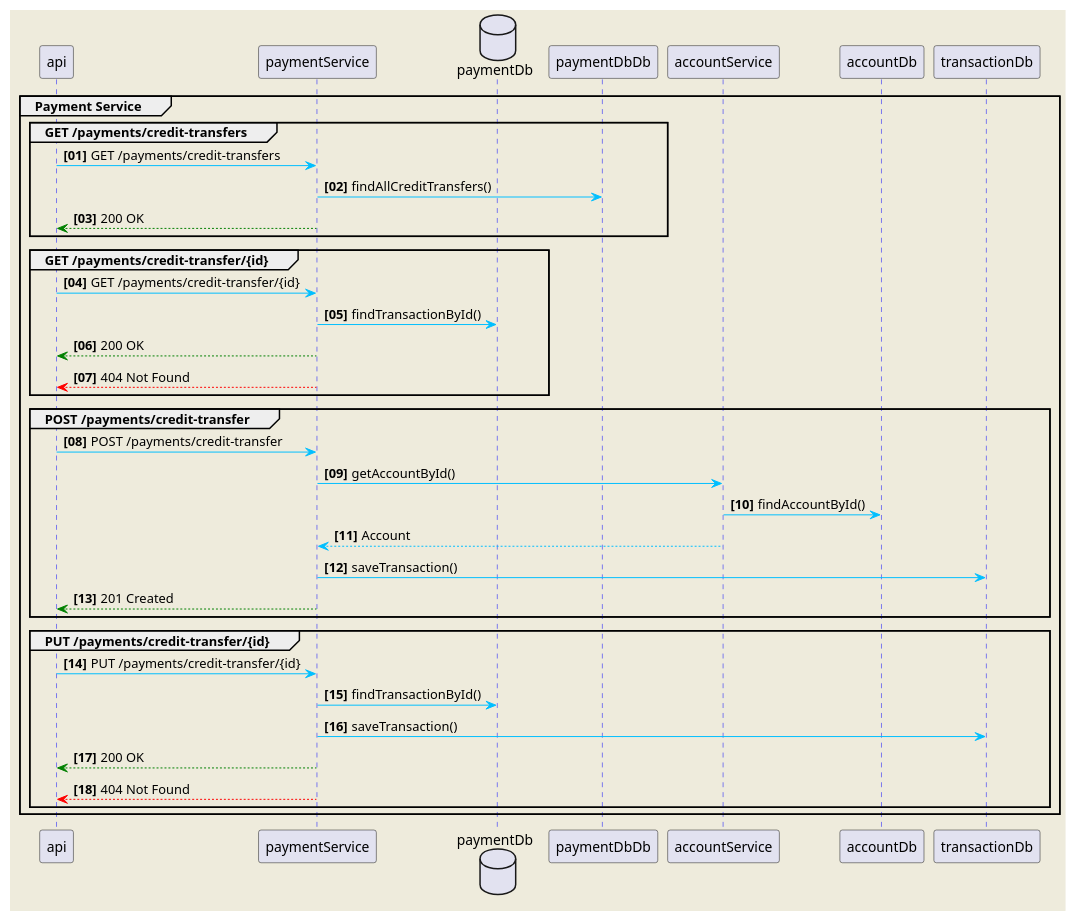
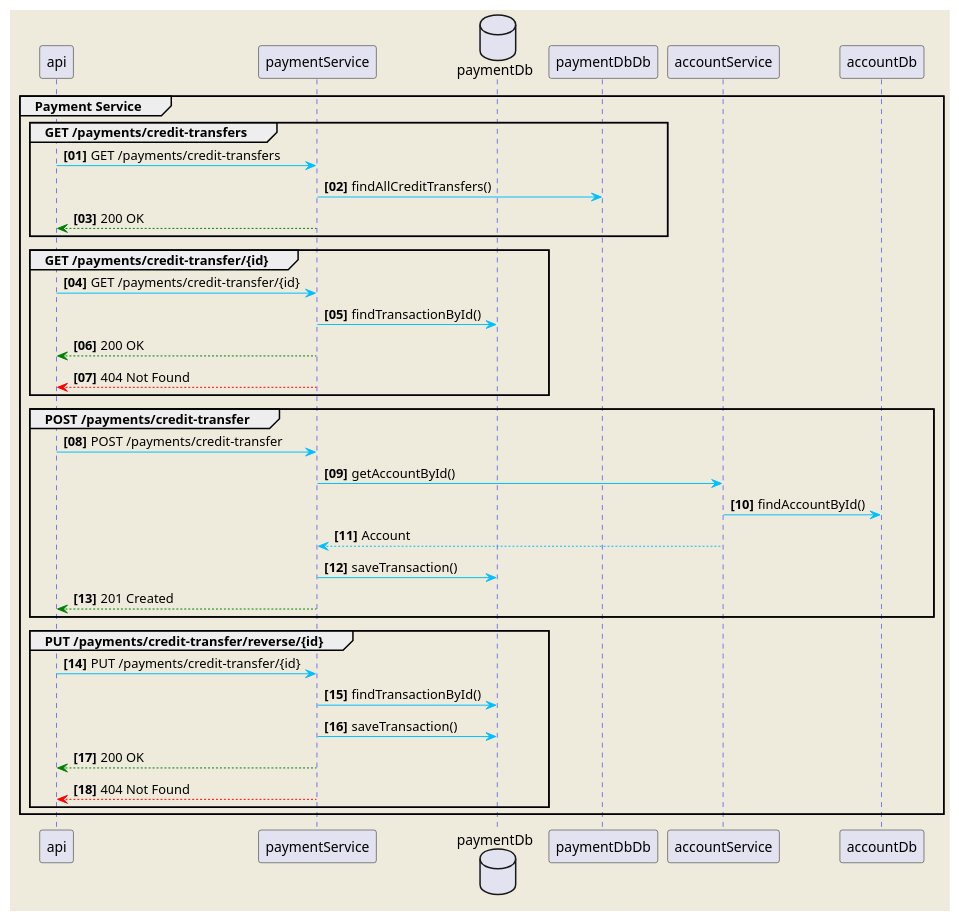
One commit to C0d3N1nJ4/payment-service changed the diagram in docs/payment.plantuml. Above: the diagram before and after it, drawn with PlantUML. The commit also changed 2 other files, not shown here.

```diff
--- a/docs/payment.plantuml
+++ b/docs/payment.plantuml
@@ -1,39 +1,39 @@
 @startuml
 skinparam backgroundColor #EEEBDC
 skinparam sequence {
 ArrowColor DeepSkyBlue
 ActorBorderColor DeepSkyBlue
 LifeLineBorderColor blue
 LifeLineBackgroundColor #A9DCDF}
 
 autonumber 1 1 "<b>[00]"
 group Payment Service
     group GET /payments/credit-transfers
         api -> paymentService: GET /payments/credit-transfers
         database    paymentDb    as paymentDb
         paymentService -> paymentDbDb: findAllCreditTransfers()
         api <-[#green]- paymentService: 200 OK
     end
     group GET /payments/credit-transfer/{id}
         api -> paymentService: GET /payments/credit-transfer/{id}
         paymentService -> paymentDb: findTransactionById()
         api <-[#green]- paymentService: 200 OK
         api <-[#red]- paymentService: 404 Not Found
     end
     group POST /payments/credit-transfer
            api -> paymentService: POST /payments/credit-transfer
             paymentService -> accountService: getAccountById()
             accountService -> accountDb: findAccountById()
             accountService --> paymentService: Account
-            paymentService -> transactionDb: saveTransaction()
+            paymentService -> paymentDb: saveTransaction()
             api <-[#green]- paymentService: 201 Created
     end
-    group PUT /payments/credit-transfer/{id}
+    group PUT /payments/credit-transfer/reverse/{id}
         api -> paymentService: PUT /payments/credit-transfer/{id}
         paymentService -> paymentDb: findTransactionById()
-        paymentService -> transactionDb: saveTransaction()
+        paymentService -> paymentDb: saveTransaction()
         api <-[#green]- paymentService: 200 OK
         api <-[#red]- paymentService: 404 Not Found
     end
 end
 @enduml
```
